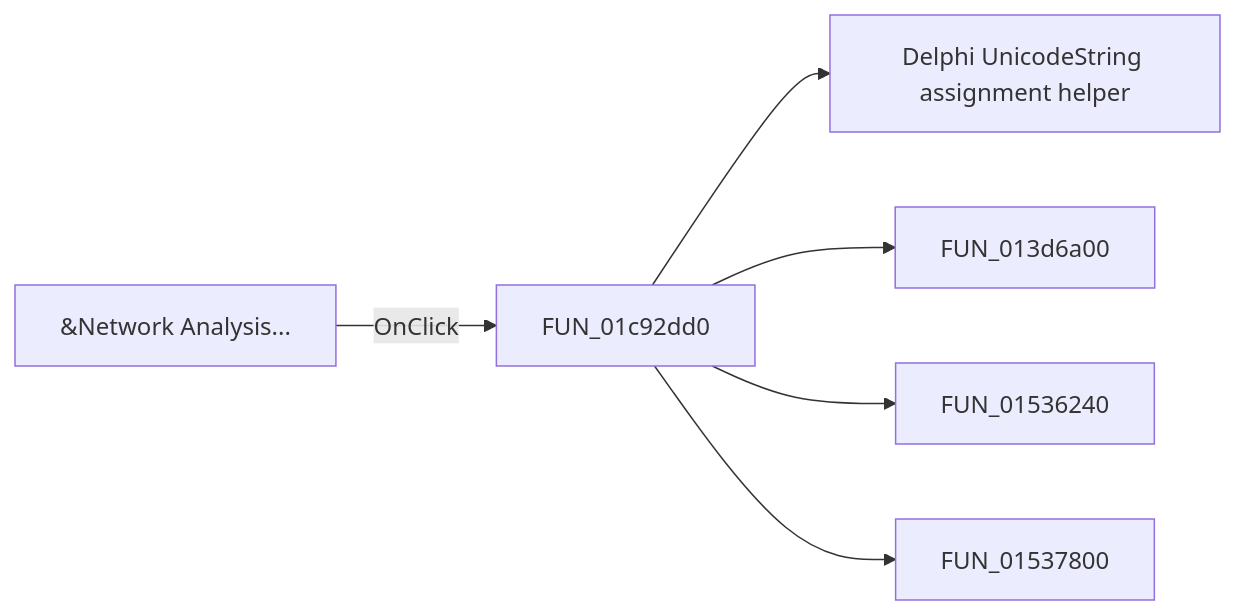
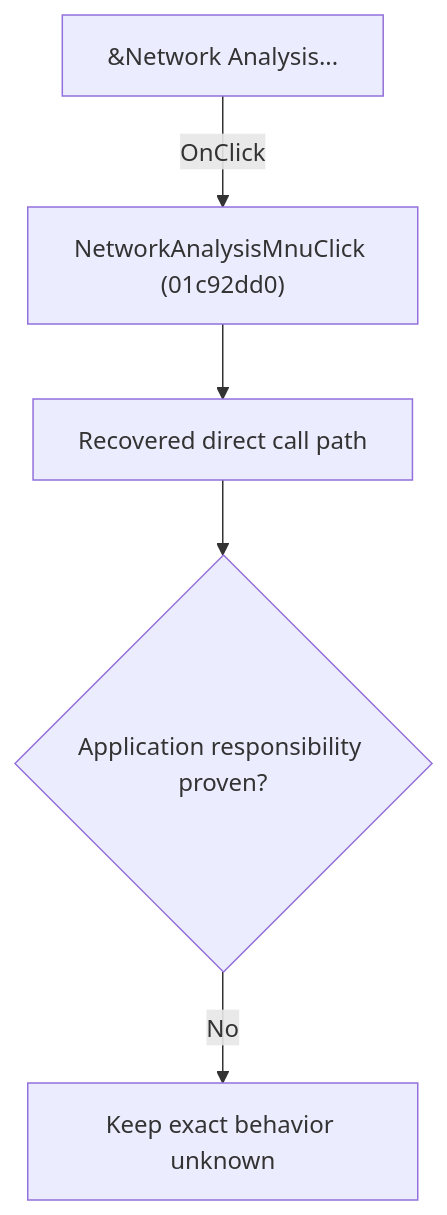
Before and after one commit to MovGP0/TIARA: the diagram in docs/ui-controls/schematiceditor/networkanalysismnu-0d8d2f64f2.md, drawn with Mermaid. The commit also changed other lines of this file and 1062 other files, not shown here.

````diff
--- a/docs/ui-controls/schematiceditor/networkanalysismnu-0d8d2f64f2.md
+++ b/docs/ui-controls/schematiceditor/networkanalysismnu-0d8d2f64f2.md
@@ -27,8 +27,7 @@
 ```mermaid
-flowchart LR
-    control["&Network Analysis..."] -->|OnClick| handler["FUN_01c92dd0"]
-    handler --> call1["Delphi UnicodeString assignment helper"]
-    handler --> call2["FUN_013d6a00"]
-    handler --> call3["FUN_01536240"]
-    handler --> call4["FUN_01537800"]
+flowchart TD
+    control["&Network Analysis..."] -->|"OnClick"| handler["NetworkAnalysisMnuClick (01c92dd0)"]
+    handler --> recovered["Recovered direct call path"]
+    recovered --> gap{"Application responsibility proven?"}
+    gap -->|"No"| blocked["Keep exact behavior unknown"]
 ```
````
